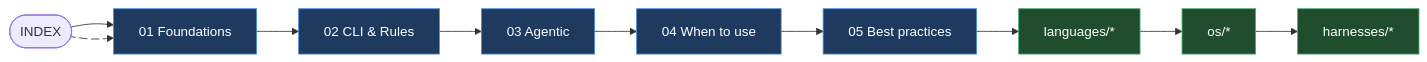
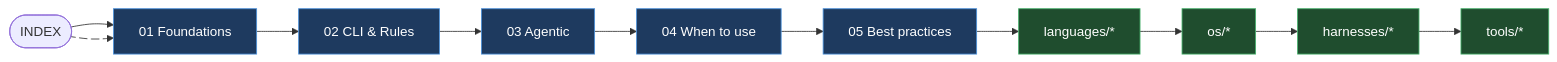
One commit to rodrigorjsf/ast-grep-for-agents changed the diagram in docs/INDEX.md. Above: the diagram before and after it, drawn with Mermaid. The commit also changed other lines of this file and 2 other files, not shown here.

First line of the commit message:
docs(tools): fix ripgrep citation misattribution + record tools shelf

````diff
--- a/docs/INDEX.md
+++ b/docs/INDEX.md
@@ -19,13 +19,14 @@
 ```mermaid
 flowchart LR
   I([INDEX]) --> C1[01 Foundations] --> C2[02 CLI & Rules] --> C3[03 Agentic] --> C4[04 When to use] --> C5[05 Best practices]
   C5 --> L[languages/*]
   L --> O[os/*]
   O --> H[harnesses/*]
+  H --> T[tools/*]
   classDef spine fill:#1e3a5f,stroke:#4a90d9,color:#fff;
   classDef shelf fill:#1f4d2e,stroke:#46b06b,color:#fff;
   class C1,C2,C3,C4,C5 spine;
-  class L,O,H shelf;
+  class L,O,H,T shelf;
   I e1@--> C1
   e1@{ animate: true }
 ```
````
